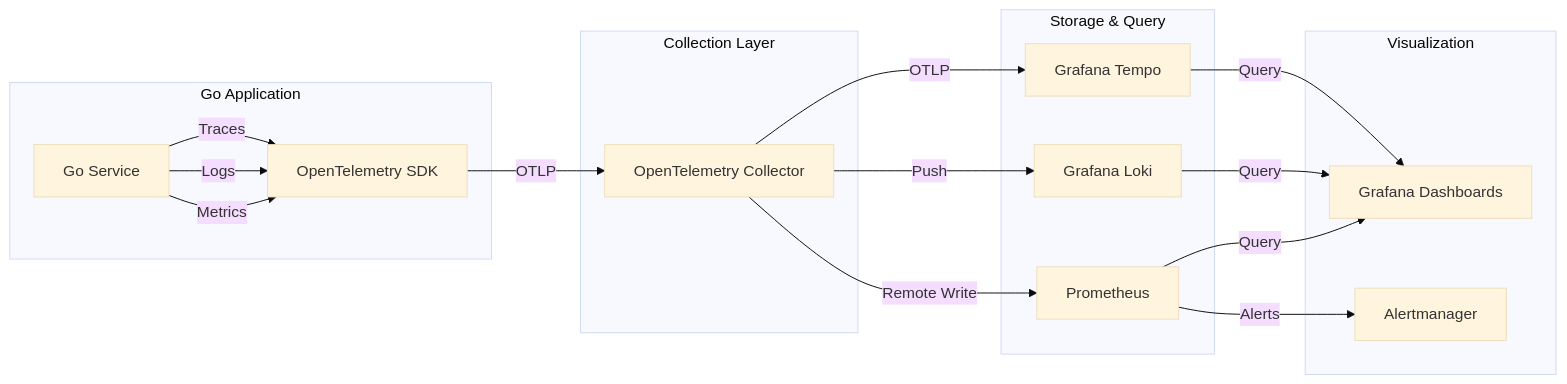
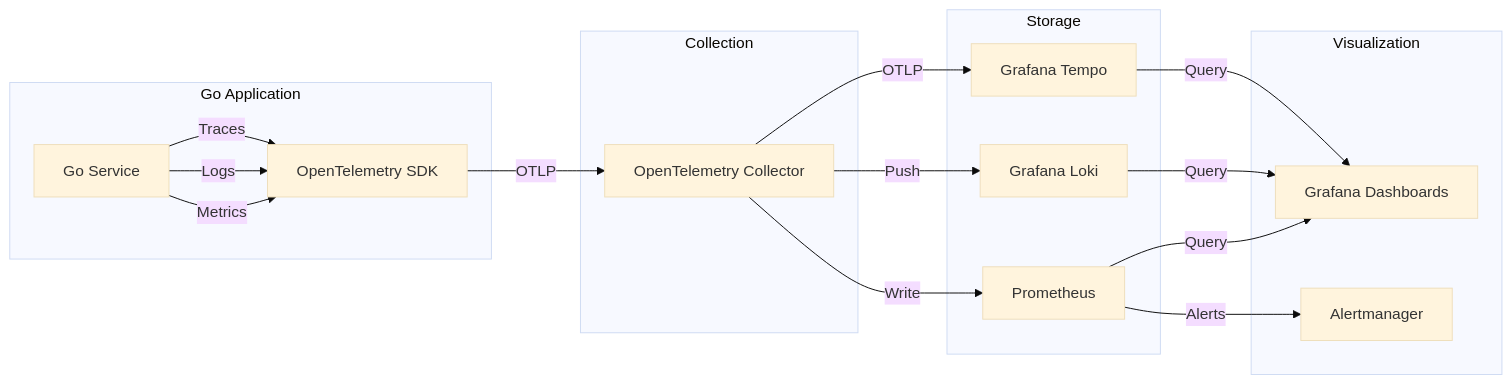
One commit to Leito2/Learning changed the third of 4 diagrams in Software Engineering/02 - Go Engineering/02 - Go for Cloud Native/06 - Cloud Networking and Observability.md. Above: the diagram before and after it, drawn with Mermaid (base theme). The commit also changed other lines of this file and 41 other files, not shown here.

````diff
--- a/Software Engineering/02 - Go Engineering/02 - Go for Cloud Native/06 - Cloud Networking and Observability.md
+++ b/Software Engineering/02 - Go Engineering/02 - Go for Cloud Native/06 - Cloud Networking and Observability.md
@@ -49,30 +395,28 @@
 ```mermaid
 graph LR
-    subgraph "Go Application"
-        App[Go Service]
-        OTEL[OpenTelemetry SDK]
-    end
-    subgraph "Collection Layer"
-        Collector[OpenTelemetry Collector]
-    end
-    subgraph "Storage & Query"
-        Prom[Prometheus]
-        Loki[Grafana Loki]
-        Tempo[Grafana Tempo]
-    end
-    subgraph "Visualization"
-        Grafana[Grafana Dashboards]
-        Alerts[Alertmanager]
-    end
-    App -->|Metrics| OTEL
-    App -->|Logs| OTEL
-    App -->|Traces| OTEL
-    OTEL -->|OTLP| Collector
-    Collector -->|Remote Write| Prom
-    Collector -->|Push| Loki
-    Collector -->|OTLP| Tempo
-    Prom -->|Query| Grafana
-    Loki -->|Query| Grafana
-    Tempo -->|Query| Grafana
-    Prom -->|Alerts| Alerts
+	subgraph "Go Application"
+		App[Go Service] -->|Metrics| OTEL[OpenTelemetry SDK]
+		App -->|Logs| OTEL
+		App -->|Traces| OTEL
+	end
+	subgraph "Collection"
+		Collector[OpenTelemetry Collector]
+	end
+	subgraph "Storage"
+		Prom[Prometheus]
+		Loki[Grafana Loki]
+		Tempo[Grafana Tempo]
+	end
+	subgraph "Visualization"
+		Grafana[Grafana Dashboards]
+		Alerts[Alertmanager]
+	end
+	OTEL -->|OTLP| Collector
+	Collector -->|Write| Prom
+	Collector -->|Push| Loki
+	Collector -->|OTLP| Tempo
+	Prom -->|Query| Grafana
+	Loki -->|Query| Grafana
+	Tempo -->|Query| Grafana
+	Prom -->|Alerts| Alerts
 ```
````
